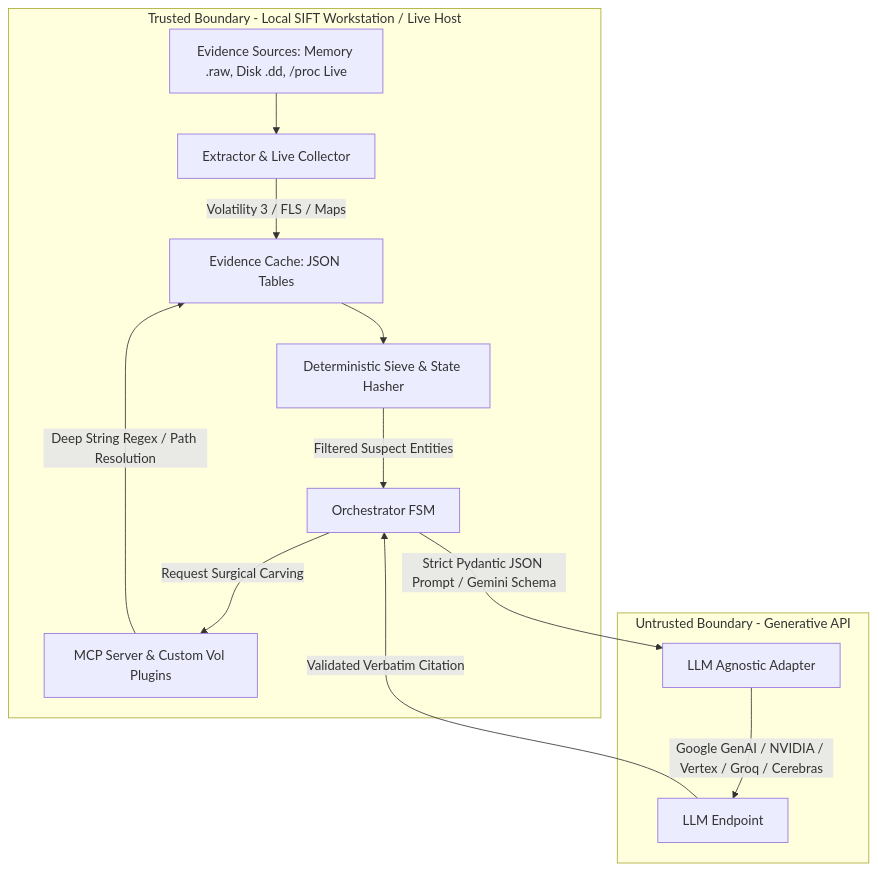
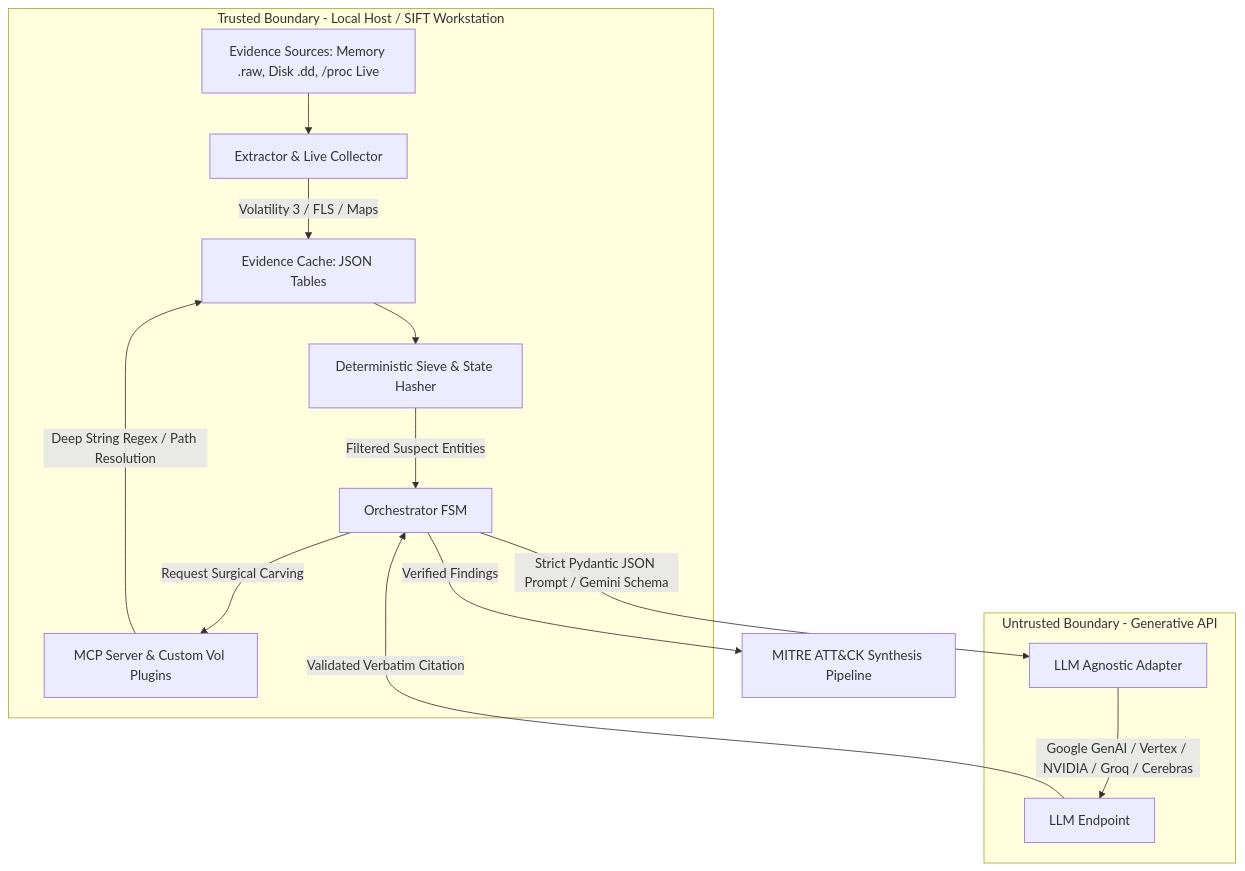
Before and after one commit to codebyangelo/project-mantis: the diagram in README.md, drawn with Mermaid. The commit also changed other lines of this file, not shown here.

Commit message:
docs: update README with CLI operation modes, environment variables, and architecture invariants

````diff
--- a/README.md
+++ b/README.md
@@ -19,18 +19,20 @@
 ```mermaid
 graph TD
-    subgraph SIFT Workstation [Trusted Boundary - Local SIFT Workstation / Live Host]
+    subgraph SIFT Workstation [Trusted Boundary - Local Host / SIFT Workstation]
         A[Evidence Sources: Memory .raw, Disk .dd, /proc Live] --> B[Extractor & Live Collector]
         B -->|Volatility 3 / FLS / Maps| C[Evidence Cache: JSON Tables]
         C --> D[Deterministic Sieve & State Hasher]
         D -->|Filtered Suspect Entities| E[Orchestrator FSM]
         
         E -->|Request Surgical Carving| F[MCP Server & Custom Vol Plugins]
         F -->|Deep String Regex / Path Resolution| C
     end
     
     subgraph External Provider [Untrusted Boundary - Generative API]
         E -->|Strict Pydantic JSON Prompt / Gemini Schema| G[LLM Agnostic Adapter]
-        G -->|Google GenAI / NVIDIA / Vertex / Groq / Cerebras| H[LLM Endpoint]
+        G -->|Google GenAI / Vertex / NVIDIA / Groq / Cerebras| H[LLM Endpoint]
         H -->|Validated Verbatim Citation| E
     end
+    
+    E -->|Verified Findings| I[MITRE ATT&CK Synthesis Pipeline]
 ```
````
